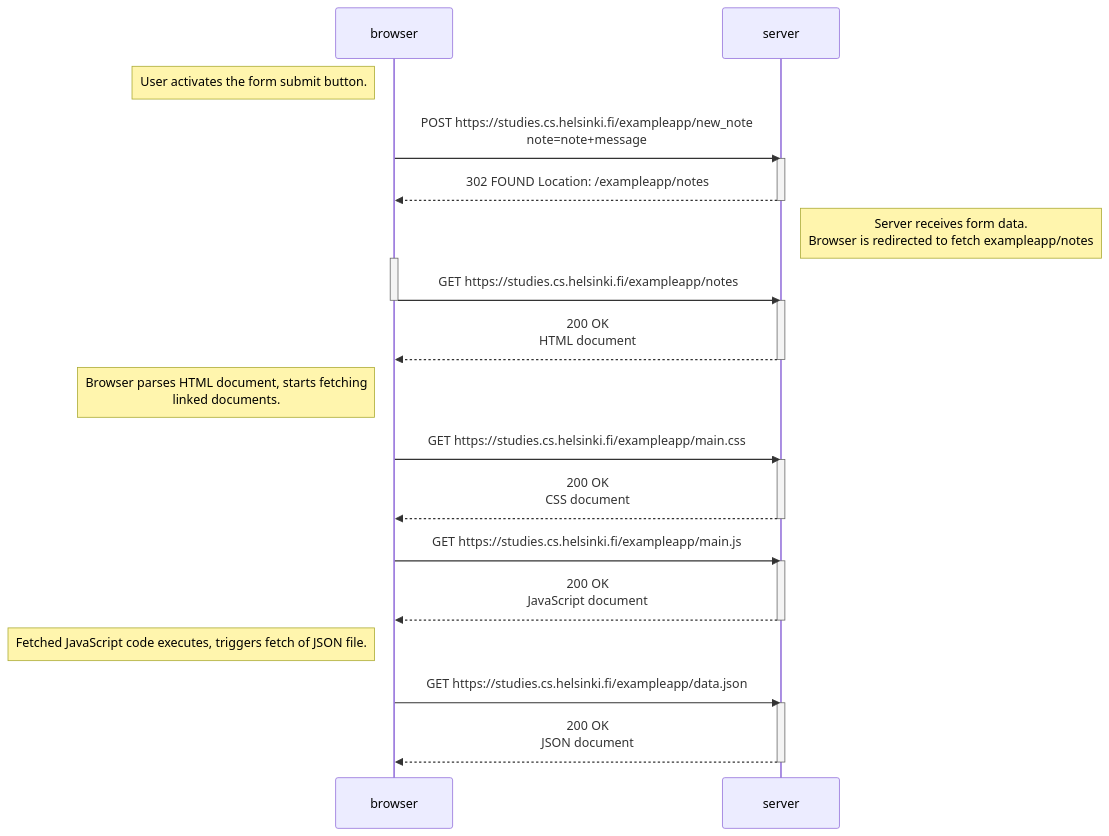
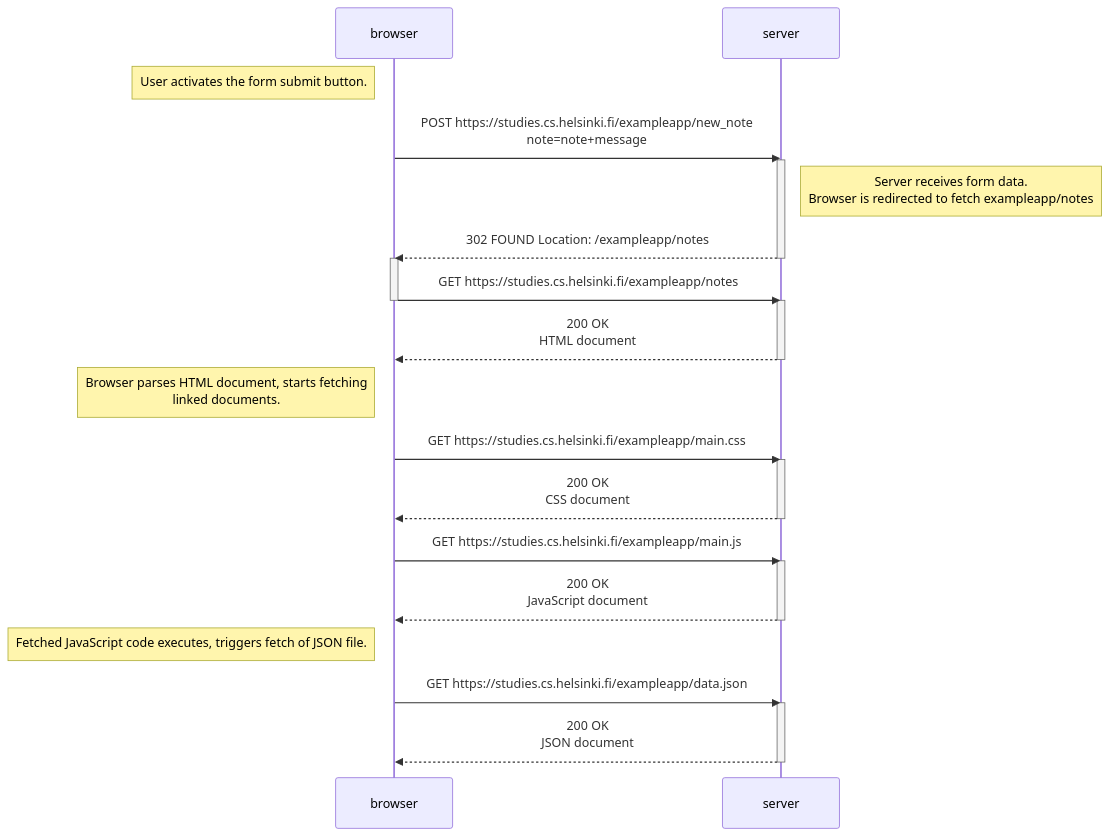
The diagram in part0/new-note-diagram/Newnote.md (aniemela-cloud/fullstack-exercises), drawn with Mermaid before and after one commit. The commit also changed other lines of this file, not shown here.

````diff
--- a/part0/new-note-diagram/Newnote.md
+++ b/part0/new-note-diagram/Newnote.md
@@ -3,36 +3,36 @@
 ```mermaid
 sequenceDiagram
     participant browser
     participant server
 
     Note left of browser: User activates the form submit button.
     browser->>server: POST https://studies.cs.helsinki.fi/exampleapp/new_note <br/>note=note+message
     activate server
+    Note right of server: Server receives form data.<br/>Browser is redirected to fetch exampleapp/notes
     server-->>browser: 302 FOUND Location: /exampleapp/notes
     deactivate server
-    Note right of server: Server receives form data.<br/>Browser is redirected to fetch exampleapp/notes
     activate browser
     browser->>server: GET https://studies.cs.helsinki.fi/exampleapp/notes
     deactivate browser
     activate server
     server-->>browser: 200 OK <br/>HTML document
     deactivate server
     
     Note left of browser: Browser parses HTML document, starts fetching<br/>linked documents.
     browser->>server: GET https://studies.cs.helsinki.fi/exampleapp/main.css
     activate server
     server-->>browser: 200 OK <br/>CSS document
     deactivate server
 
     browser->>server: GET https://studies.cs.helsinki.fi/exampleapp/main.js
     activate server
     server-->>browser: 200 OK <br/>JavaScript document
     deactivate server
 
     Note left of browser: Fetched JavaScript code executes, triggers fetch of JSON file.
     browser->>server: GET https://studies.cs.helsinki.fi/exampleapp/data.json
     activate server
     server-->>browser: 200 OK <br/>JSON document
     deactivate server
 
 ```
````
